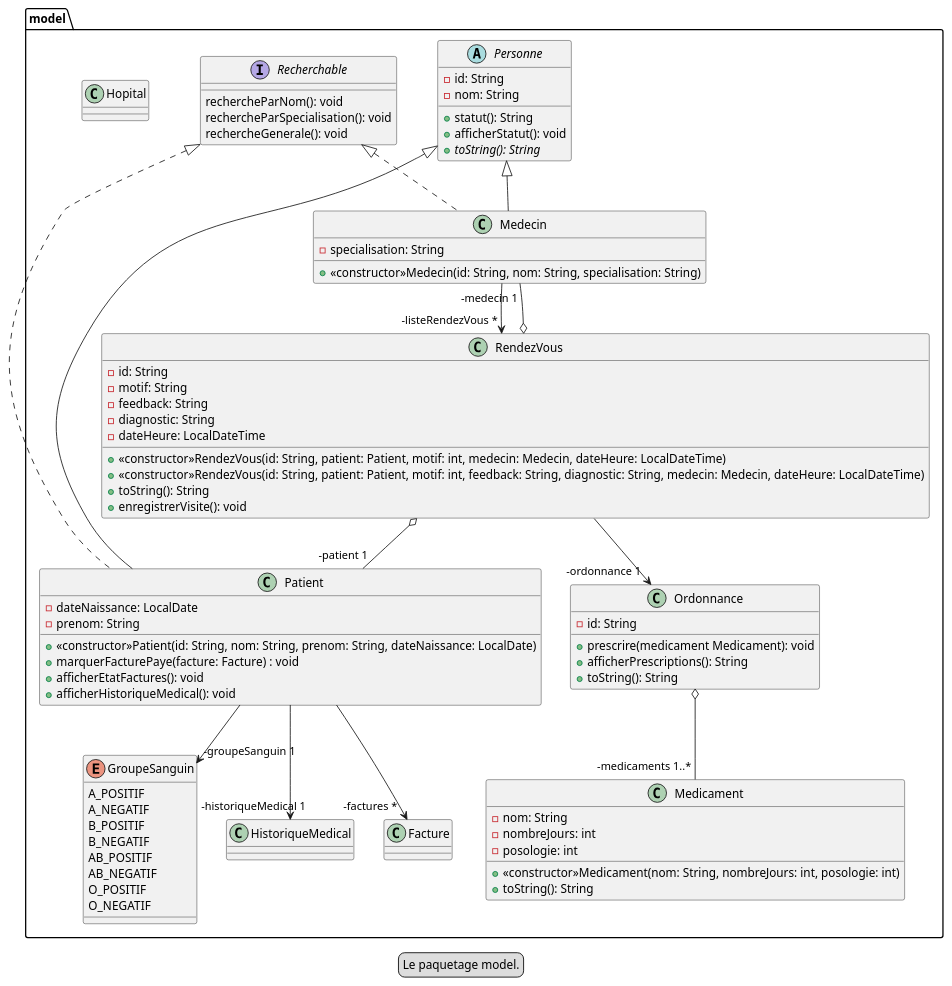
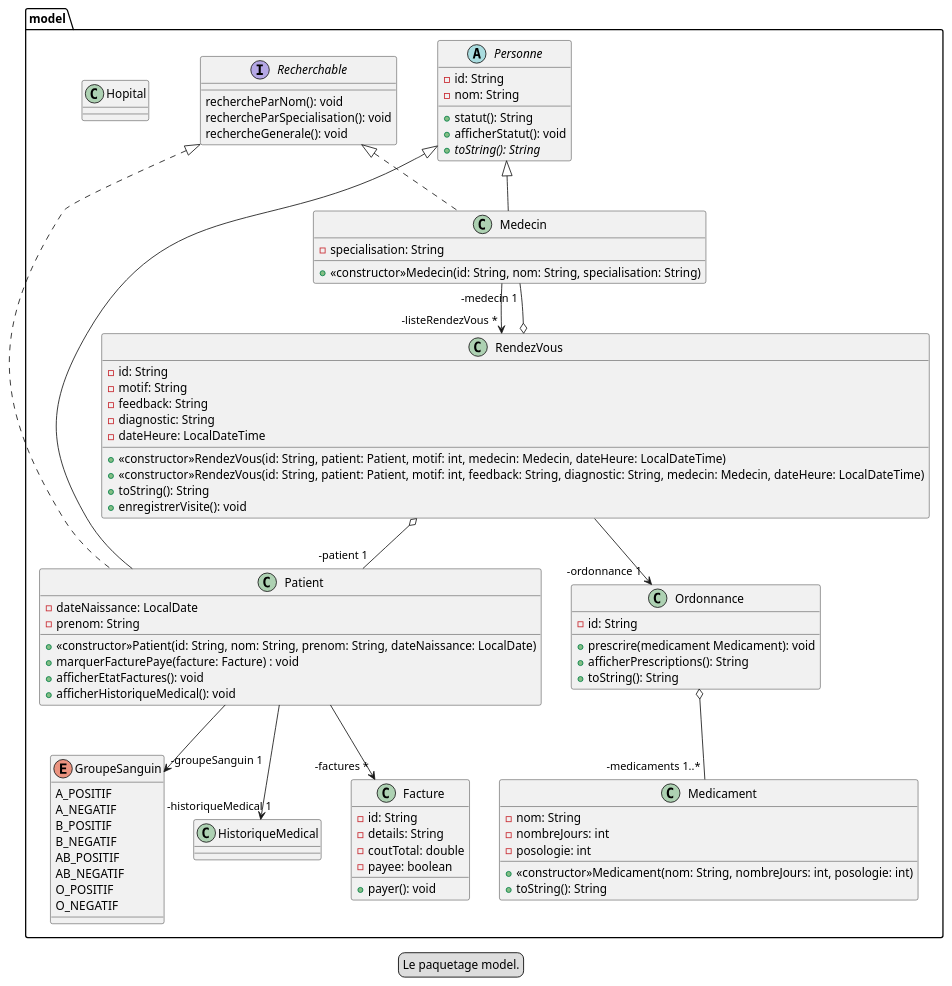
Before and after one commit to carlkolodziejski/hopital: the diagram in plantuml/diagrammeModele.puml, drawn with PlantUML.

Commit message:
Remplissage classe Facture

```diff
--- a/plantuml/diagrammeModele.puml
+++ b/plantuml/diagrammeModele.puml
@@ -1,100 +1,106 @@
 @startuml
 
 legend Le paquetage model.
 
 package model {
 
     abstract class Personne {
         -id: String
         -nom: String
 
         +statut(): String
         +afficherStatut(): void
         +{abstract}toString(): String
     }
 
     class Patient extends Personne implements Recherchable {
         -dateNaissance: LocalDate
         -prenom: String
 
         +<<constructor>>Patient(id: String, nom: String, prenom: String, dateNaissance: LocalDate)
         +marquerFacturePaye(facture: Facture) : void
         +afficherEtatFactures(): void
         +afficherHistoriqueMedical(): void
     }
 
 
     class Medecin extends Personne implements Recherchable {
         -specialisation: String
 
         +<<constructor>>Medecin(id: String, nom: String, specialisation: String)
     }
 
     class RendezVous {
         -id: String
         -motif: String
         -feedback: String
         -diagnostic: String
         -dateHeure: LocalDateTime
 
         +<<constructor>>RendezVous(id: String, patient: Patient, motif: int, medecin: Medecin, dateHeure: LocalDateTime)
         +<<constructor>>RendezVous(id: String, patient: Patient, motif: int, feedback: String, diagnostic: String, medecin: Medecin, dateHeure: LocalDateTime)
         +toString(): String
         +enregistrerVisite(): void
     }
 
     class Ordonnance {
         -id: String
 
         +prescrire(medicament Medicament): void
         +afficherPrescriptions(): String
         +toString(): String
     }
 
     class Medicament {
         -nom: String
         -nombreJours: int
         -posologie: int
 
         +<<constructor>>Medicament(nom: String, nombreJours: int, posologie: int)
         +toString(): String
     }
 
     class Facture {
+        -id: String
+        -details: String
+        -coutTotal: double
+        -payee: boolean
+
+        +payer(): void
     }
 
     class Hopital {
     }
 
     interface Recherchable {
         rechercheParNom(): void
         rechercheParSpecialisation(): void
         rechercheGenerale(): void
     }
 
     enum GroupeSanguin {
         A_POSITIF
         A_NEGATIF
         B_POSITIF
         B_NEGATIF
         AB_POSITIF
         AB_NEGATIF
         O_POSITIF
         O_NEGATIF
     }
 
     Patient --> "-factures *" Facture
     Patient --> "-groupeSanguin 1" GroupeSanguin
     Patient --> "-historiqueMedical 1" HistoriqueMedical
 
     Medecin --> "-listeRendezVous *" RendezVous
 
     RendezVous o-- "-medecin 1" Medecin
     RendezVous o-- "-patient 1" Patient
     RendezVous --> "-ordonnance 1" Ordonnance
 
     Ordonnance o-- "-medicaments 1..*" Medicament
 
 }
 
 @enduml
```
